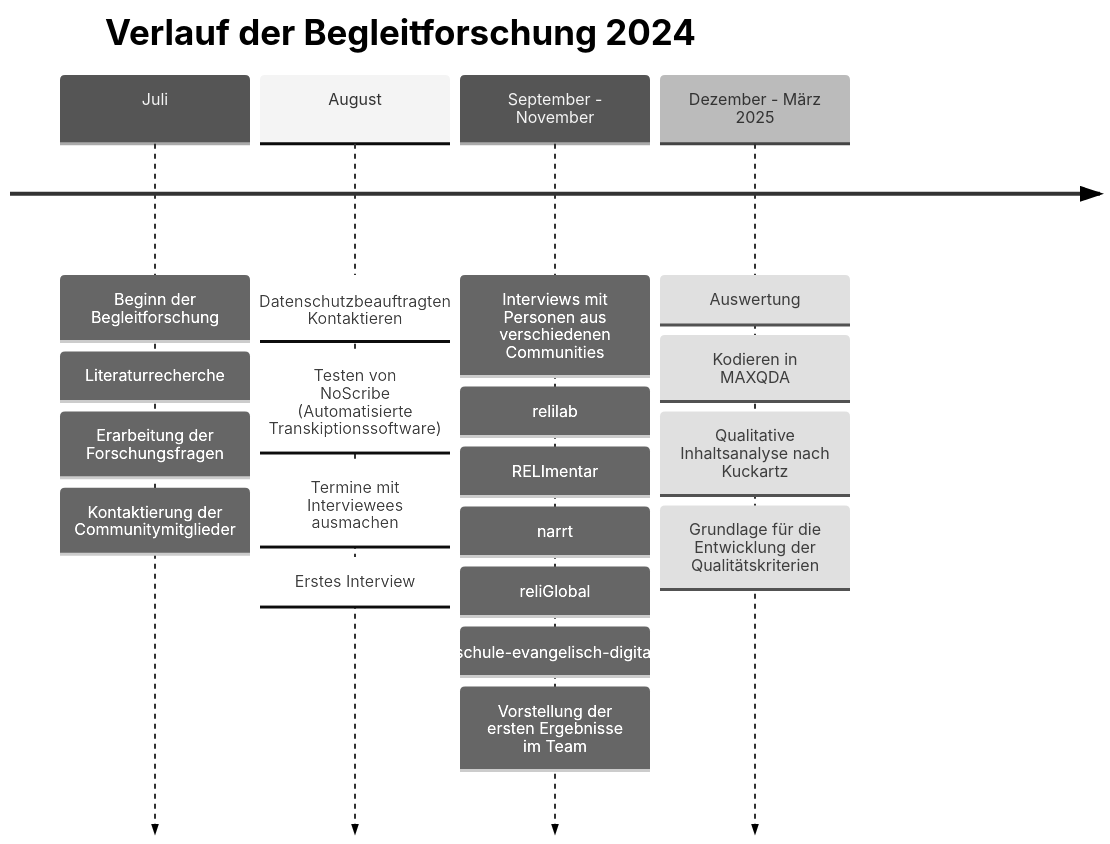
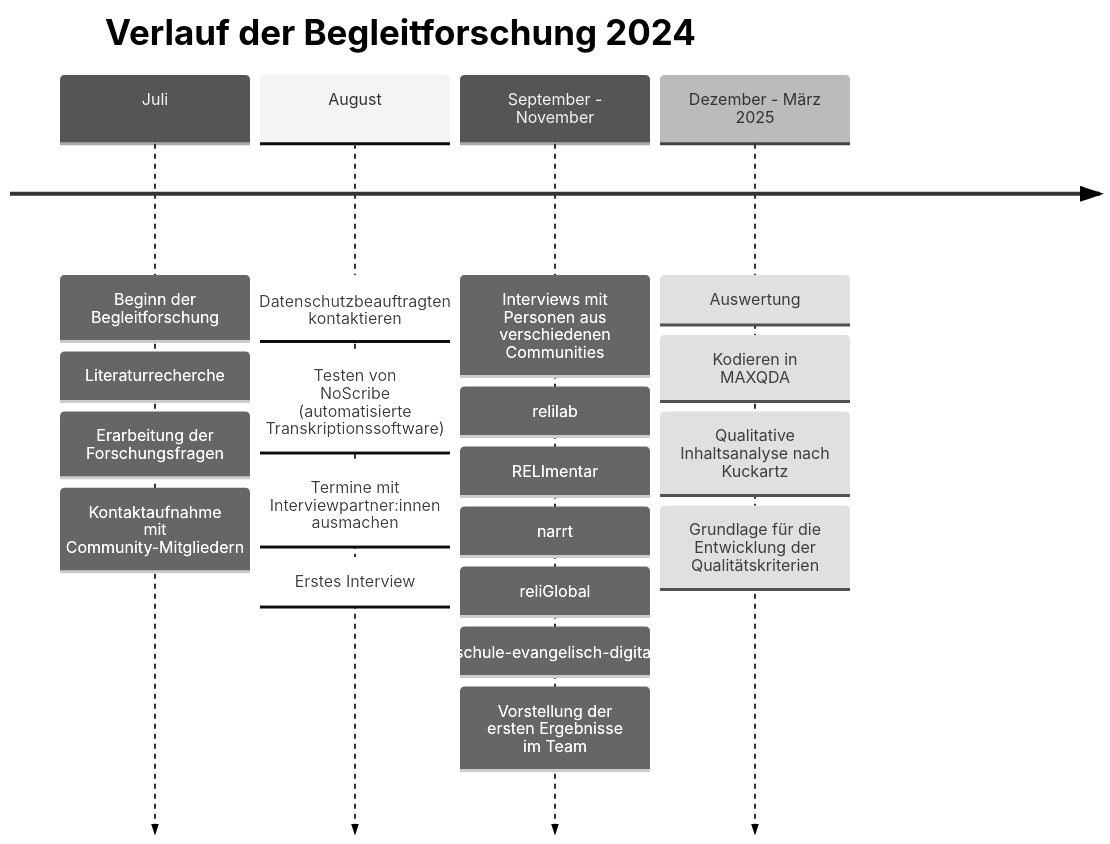
The first of 3 diagrams in Events/Zwischenfazit_Tagung/Forschungsergebnisse_Criticalfriends.md (rpi-virtuell/FOERBICO_und_rpi-virtuell), drawn with Mermaid (neutral theme) before and after one commit. The commit also changed other lines of this file, not shown here.

````diff
--- a/Events/Zwischenfazit_Tagung/Forschungsergebnisse_Criticalfriends.md
+++ b/Events/Zwischenfazit_Tagung/Forschungsergebnisse_Criticalfriends.md
@@ -5,23 +5,23 @@
 ```mermaid
 timeline
     title Verlauf der Begleitforschung 2024
     Juli : Beginn der Begleitforschung
          : Literaturrecherche
          : Erarbeitung der Forschungsfragen
-         : Kontaktierung der Communitymitglieder
-    August: Datenschutzbeauftragten Kontaktieren
-         : Testen von NoScribe (Automatisierte Transkiptionssoftware)
-         : Termine mit Interviewees ausmachen
+         : Kontaktaufnahme mit Community-Mitgliedern
+    August: Datenschutzbeauftragten kontaktieren
+         : Testen von NoScribe (automatisierte Transkriptionssoftware)
+         : Termine mit Interviewpartner:innen ausmachen
          : Erstes Interview
     September - November : Interviews mit Personen aus verschiedenen Communities
          : relilab
          : RELImentar
          : narrt
          : reliGlobal
          : schule-evangelisch-digital
          : Vorstellung der ersten Ergebnisse im Team
     Dezember - März 2025: Auswertung
          : Kodieren in MAXQDA
          : Qualitative Inhaltsanalyse nach Kuckartz
          : Grundlage für die Entwicklung der Qualitätskriterien
 ```
````
